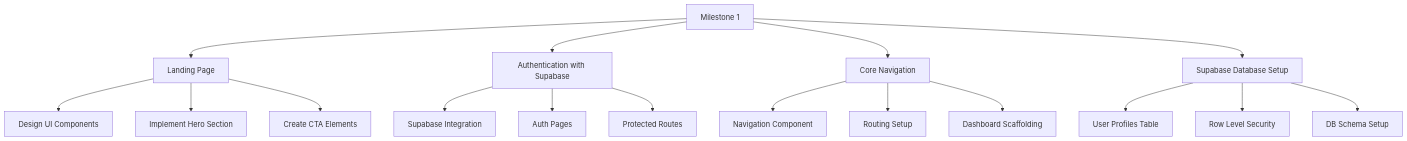
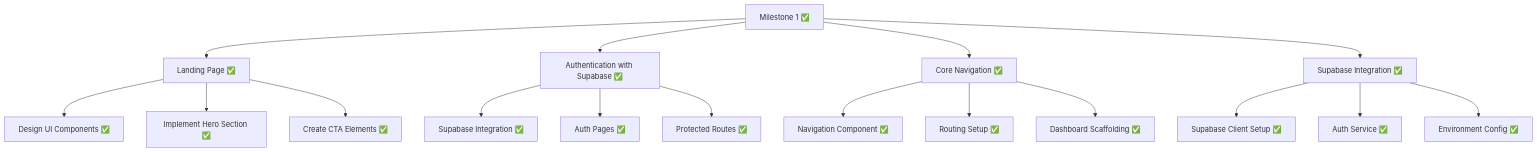
Before and after one commit to LalaIAm/tarot-cline: the diagram in memory-bank/milestone1-plan.md, drawn with Mermaid. The commit also changed other lines of this file and 3 other files, not shown here.

````diff
--- a/memory-bank/milestone1-plan.md
+++ b/memory-bank/milestone1-plan.md
@@ -7,23 +7,23 @@
 ```mermaid
 flowchart TD
-    M1[Milestone 1] --> LP[Landing Page]
-    M1 --> Auth[Authentication with Supabase]
-    M1 --> Nav[Core Navigation]
-    M1 --> DB[Supabase Database Setup]
+    M1[Milestone 1 ✅] --> LP[Landing Page ✅]
+    M1 --> Auth[Authentication with Supabase ✅]
+    M1 --> Nav[Core Navigation ✅]
+    M1 --> DB[Supabase Integration ✅]
     
-    LP --> LP1[Design UI Components]
-    LP --> LP2[Implement Hero Section]
-    LP --> LP3[Create CTA Elements]
+    LP --> LP1[Design UI Components ✅]
+    LP --> LP2[Implement Hero Section ✅]
+    LP --> LP3[Create CTA Elements ✅]
     
-    Auth --> A1[Supabase Integration]
-    Auth --> A2[Auth Pages]
-    Auth --> A3[Protected Routes]
+    Auth --> A1[Supabase Integration ✅]
+    Auth --> A2[Auth Pages ✅]
+    Auth --> A3[Protected Routes ✅]
     
-    Nav --> N1[Navigation Component]
-    Nav --> N2[Routing Setup]
-    Nav --> N3[Dashboard Scaffolding]
+    Nav --> N1[Navigation Component ✅]
+    Nav --> N2[Routing Setup ✅]
+    Nav --> N3[Dashboard Scaffolding ✅]
     
-    DB --> DB1[User Profiles Table]
-    DB --> DB2[Row Level Security]
-    DB --> DB3[DB Schema Setup]
+    DB --> DB1[Supabase Client Setup ✅]
+    DB --> DB2[Auth Service ✅]
+    DB --> DB3[Environment Config ✅]
 ```
````
